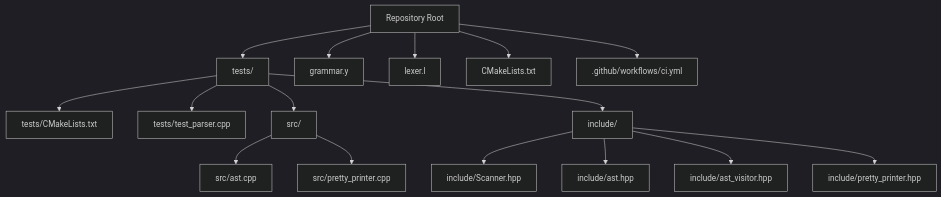
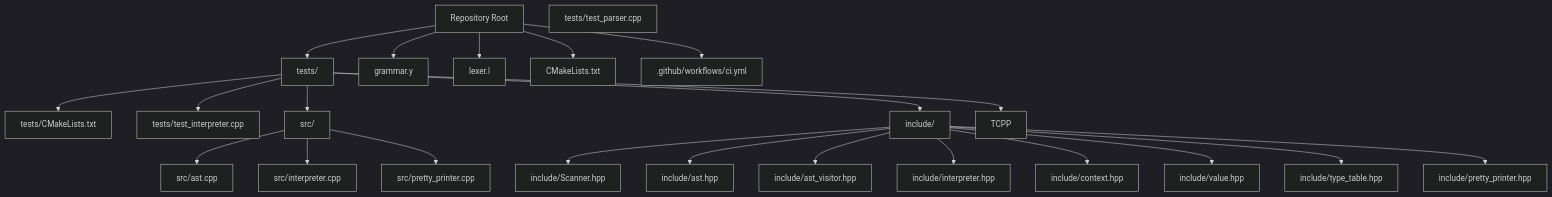
One commit to littlebirds/modern_bision changed the first of 5 diagrams in .qoder/repowiki/en/content/Testing Framework.md. Above: the diagram before and after it, drawn with Mermaid (dark theme). The commit also changed other lines of this file and 5 other files, not shown here.

````diff
--- a/.qoder/repowiki/en/content/Testing Framework.md
+++ b/.qoder/repowiki/en/content/Testing Framework.md
@@ -57,34 +64,46 @@
 ```mermaid
 graph TB
 Root["Repository Root"]
 Tests["tests/"]
 TCM["tests/CMakeLists.txt"]
-TCPP["tests/test_parser.cpp"]
+TICPP["tests/test_interpreter.cpp"]
+TPCPP["tests/test_parser.cpp"]
 Src["src/"]
 ASTCPP["src/ast.cpp"]
+ICPP["src/interpreter.cpp"]
 PPCPP["src/pretty_printer.cpp"]
 Include["include/"]
 SHPP["include/Scanner.hpp"]
 ASTHPP["include/ast.hpp"]
 AVHPP["include/ast_visitor.hpp"]
+IPHPP["include/interpreter.hpp"]
+CHPP["include/context.hpp"]
+VHPP["include/value.hpp"]
+THPP["include/type_table.hpp"]
 PPHPP["include/pretty_printer.hpp"]
 Grammar["grammar.y"]
 Lexer["lexer.l"]
 CMake["CMakeLists.txt"]
 CI[".github/workflows/ci.yml"]
 Root --> Tests
 Tests --> TCM
+Tests --> TICPP
 Tests --> TCPP
 Tests --> Src
 Src --> ASTCPP
+Src --> ICPP
 Src --> PPCPP
 Tests --> Include
 Include --> SHPP
 Include --> ASTHPP
 Include --> AVHPP
+Include --> IPHPP
+Include --> CHPP
+Include --> VHPP
+Include --> THPP
 Include --> PPHPP
 Root --> Grammar
 Root --> Lexer
 Root --> CMake
 Root --> CI
 ```
````
